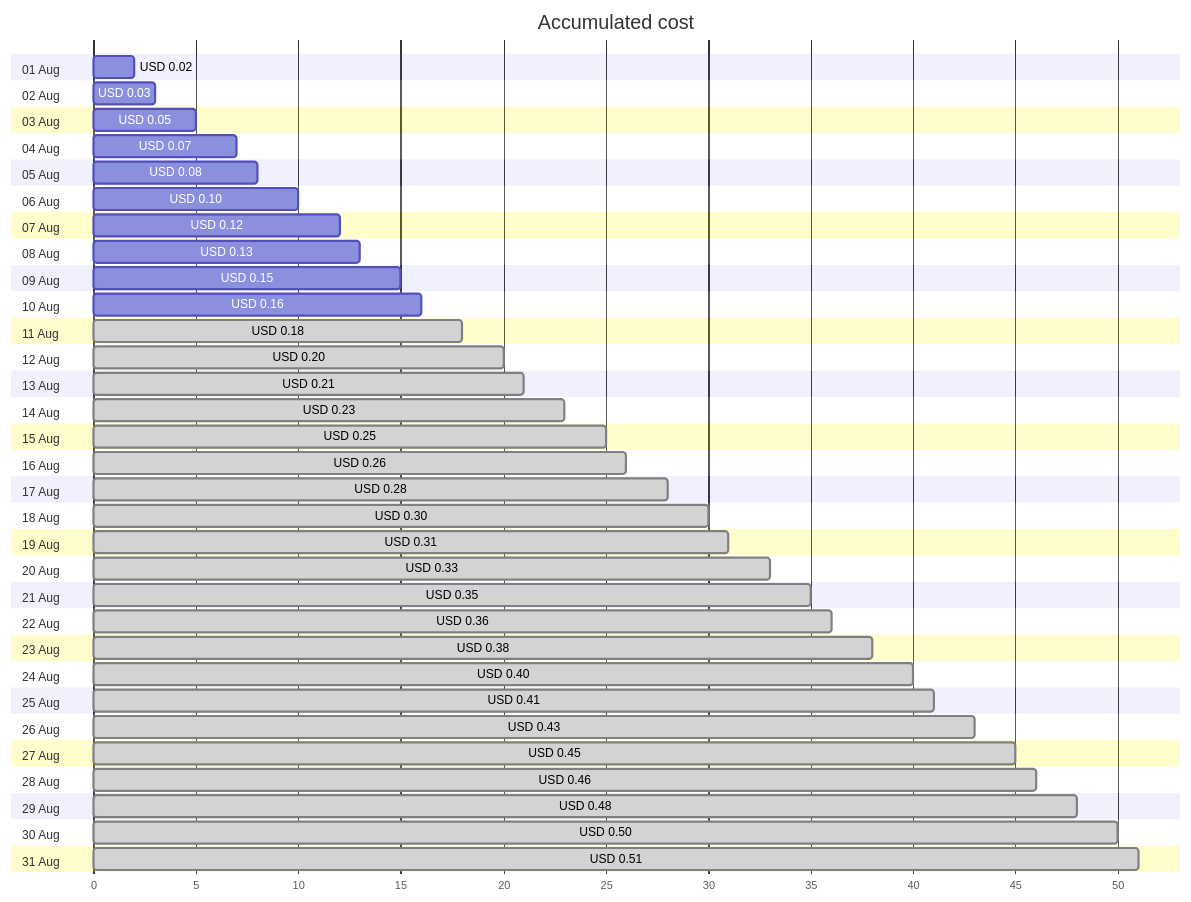
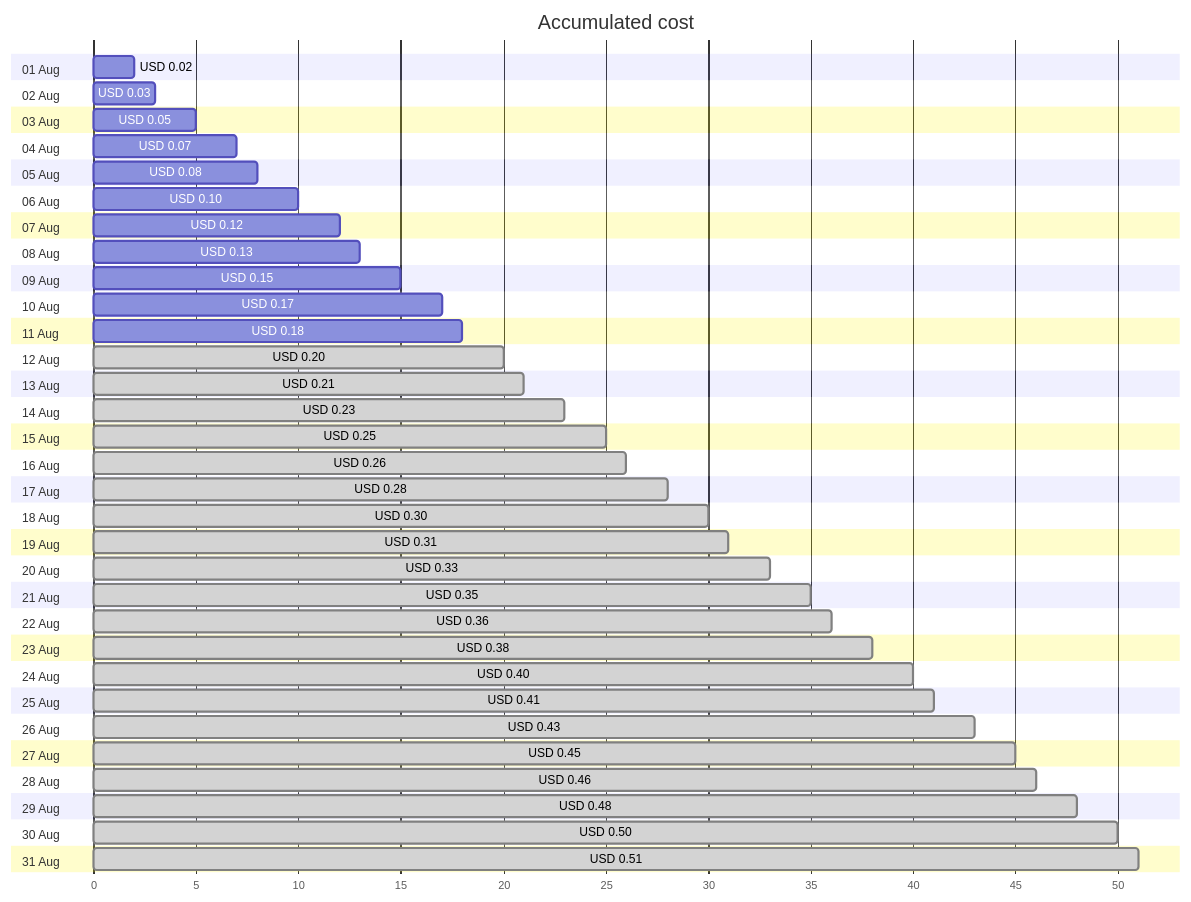
Before and after one commit to jpfulton/azure-personal-reports: the first of 4 diagrams in cost-reports/personal-dns/jpatrickfulton.dev.md, drawn with Mermaid. The commit also changed other lines of this file and 2 other files, not shown here.

````diff
--- a/cost-reports/personal-dns/jpatrickfulton.dev.md
+++ b/cost-reports/personal-dns/jpatrickfulton.dev.md
@@ -20,68 +20,68 @@
 ```mermaid
 gantt
    title Accumulated cost
    dateFormat  X
    axisFormat %s
    section 01 Aug
    USD 0.02 :0, 2
    section 02 Aug
    USD 0.03 :0, 3
    section 03 Aug
    USD 0.05 :0, 5
    section 04 Aug
    USD 0.07 :0, 7
    section 05 Aug
    USD 0.08 :0, 8
    section 06 Aug
    USD 0.10 :0, 10
    section 07 Aug
    USD 0.12 :0, 12
    section 08 Aug
    USD 0.13 :0, 13
    section 09 Aug
    USD 0.15 :0, 15
    section 10 Aug
-   USD 0.16 :0, 16
+   USD 0.17 :0, 17
    section 11 Aug
-   USD 0.18 : done, 0, 18
+   USD 0.18 :0, 18
    section 12 Aug
    USD 0.20 : done, 0, 20
    section 13 Aug
    USD 0.21 : done, 0, 21
    section 14 Aug
    USD 0.23 : done, 0, 23
    section 15 Aug
    USD 0.25 : done, 0, 25
    section 16 Aug
    USD 0.26 : done, 0, 26
    section 17 Aug
    USD 0.28 : done, 0, 28
    section 18 Aug
    USD 0.30 : done, 0, 30
    section 19 Aug
    USD 0.31 : done, 0, 31
    section 20 Aug
    USD 0.33 : done, 0, 33
    section 21 Aug
    USD 0.35 : done, 0, 35
    section 22 Aug
    USD 0.36 : done, 0, 36
    section 23 Aug
    USD 0.38 : done, 0, 38
    section 24 Aug
    USD 0.40 : done, 0, 40
    section 25 Aug
    USD 0.41 : done, 0, 41
    section 26 Aug
    USD 0.43 : done, 0, 43
    section 27 Aug
    USD 0.45 : done, 0, 45
    section 28 Aug
    USD 0.46 : done, 0, 46
    section 29 Aug
    USD 0.48 : done, 0, 48
    section 30 Aug
    USD 0.50 : done, 0, 50
    section 31 Aug
    USD 0.51 : done, 0, 51
 ```
````
